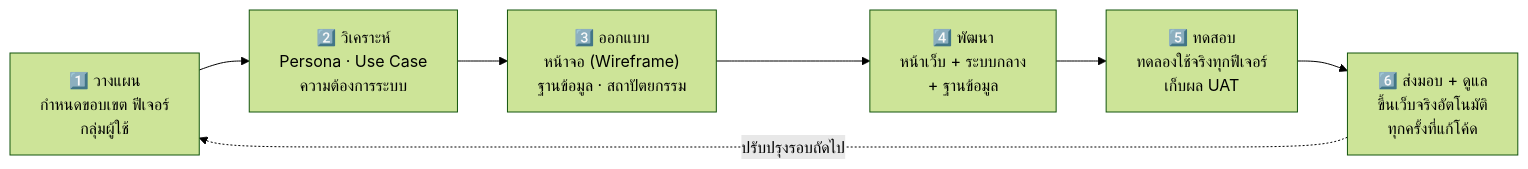
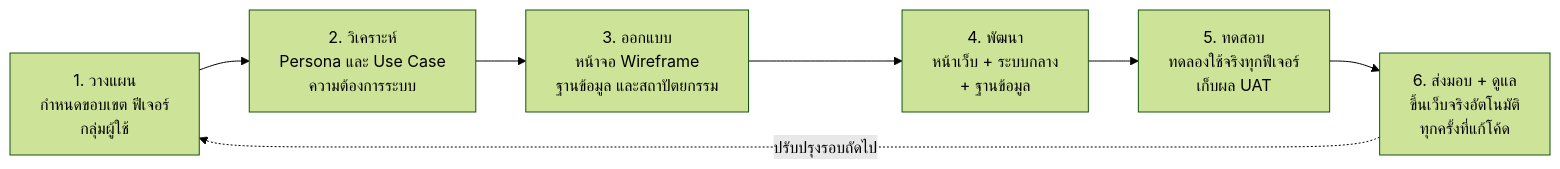
One commit to Nol2way/bm-computer changed the third of 3 diagrams in README.md. Above: the diagram before and after it, drawn with Mermaid (forest theme). The commit also changed other lines of this file and 33 other files, not shown here.

````diff
--- a/README.md
+++ b/README.md
@@ -134,9 +134,9 @@
 ```mermaid
 flowchart LR
-    P["1️⃣ วางแผน<br/>กำหนดขอบเขต ฟีเจอร์<br/>กลุ่มผู้ใช้"] --> A["2️⃣ วิเคราะห์<br/>Persona · Use Case<br/>ความต้องการระบบ"]
-    A --> D["3️⃣ ออกแบบ<br/>หน้าจอ (Wireframe)<br/>ฐานข้อมูล · สถาปัตยกรรม"]
-    D --> I["4️⃣ พัฒนา<br/>หน้าเว็บ + ระบบกลาง<br/>+ ฐานข้อมูล"]
-    I --> T["5️⃣ ทดสอบ<br/>ทดลองใช้จริงทุกฟีเจอร์<br/>เก็บผล UAT"]
-    T --> M["6️⃣ ส่งมอบ + ดูแล<br/>ขึ้นเว็บจริงอัตโนมัติ<br/>ทุกครั้งที่แก้โค้ด"]
-    M -.ปรับปรุงรอบถัดไป.-> P
+    P["1. วางแผน<br/>กำหนดขอบเขต ฟีเจอร์<br/>กลุ่มผู้ใช้"] --> A["2. วิเคราะห์<br/>Persona และ Use Case<br/>ความต้องการระบบ"]
+    A --> D["3. ออกแบบ<br/>หน้าจอ Wireframe<br/>ฐานข้อมูล และสถาปัตยกรรม"]
+    D --> I["4. พัฒนา<br/>หน้าเว็บ + ระบบกลาง<br/>+ ฐานข้อมูล"]
+    I --> T["5. ทดสอบ<br/>ทดลองใช้จริงทุกฟีเจอร์<br/>เก็บผล UAT"]
+    T --> M["6. ส่งมอบ + ดูแล<br/>ขึ้นเว็บจริงอัตโนมัติ<br/>ทุกครั้งที่แก้โค้ด"]
+    M -.->|"ปรับปรุงรอบถัดไป"| P
 ```
````
